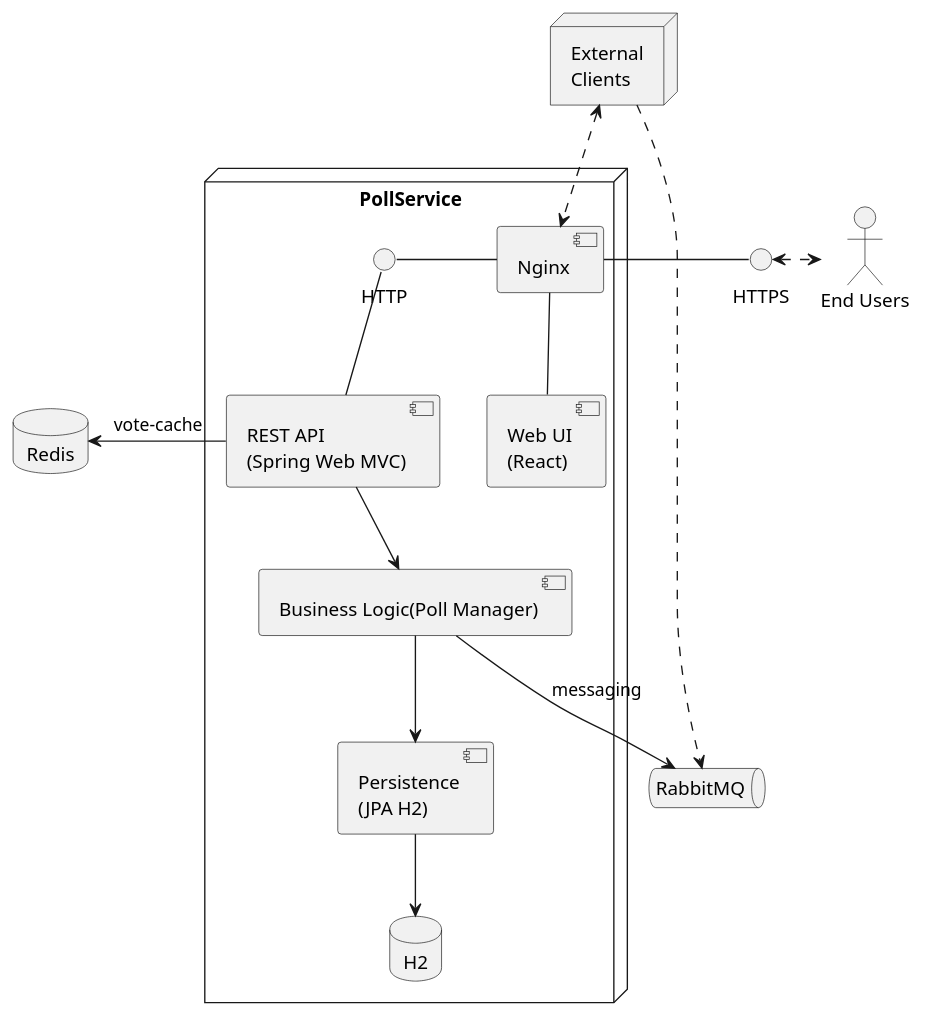
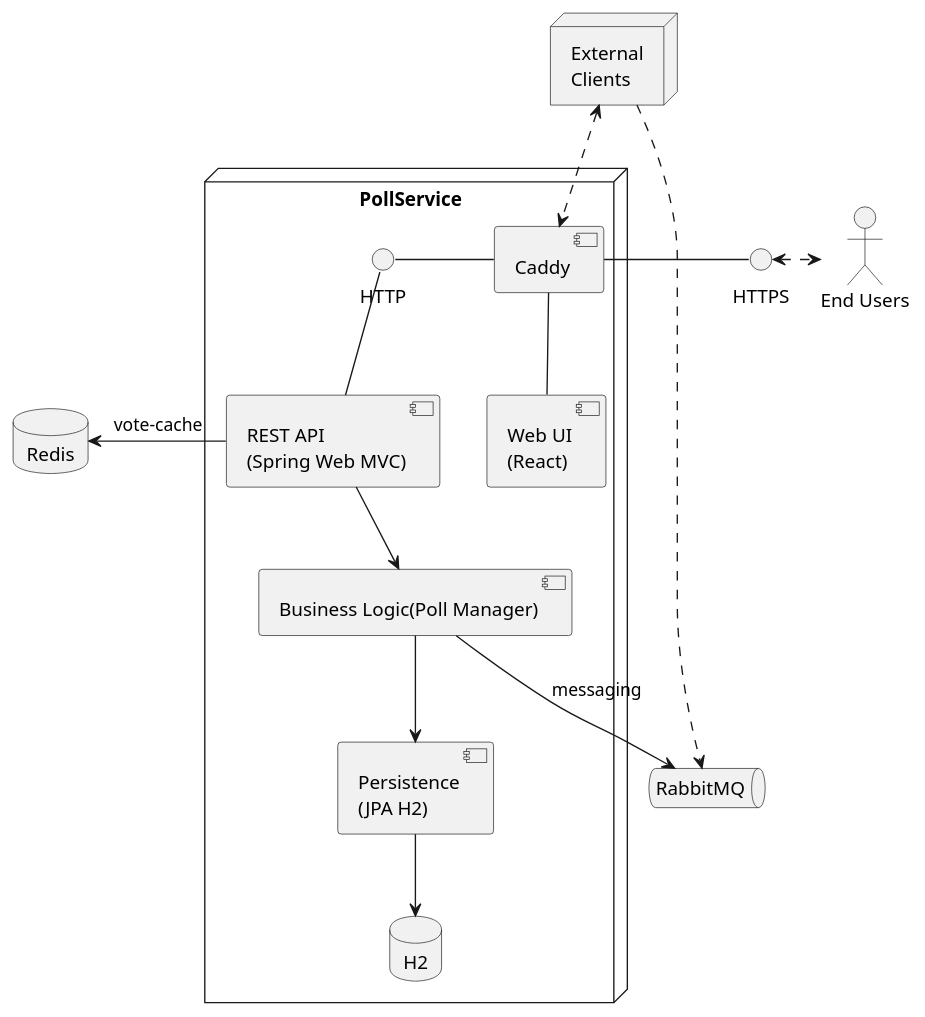
The diagram in documentation/component-architecture.puml (MagnusSletten/dat250-pollapp), drawn with PlantUML before and after one commit.

Commit message:
Replace Nginx with Caddy in architecture diagram

```diff
--- a/documentation/component-architecture.puml
+++ b/documentation/component-architecture.puml
@@ -1,33 +1,33 @@
 @startuml Architechture
 
 node "External\nClients" as mu
 interface HTTPS
 node "PollService" {
-component "Nginx" as nginx
+component "Caddy" as caddy
 component "Web UI\n(React)" as ui
 interface HTTP
 component "REST API\n(Spring Web MVC)" as api
 
-nginx -right-HTTPS
-nginx -down- ui
+caddy -right-HTTPS
+caddy -down- ui
 api -up- HTTP
-HTTP -right- nginx
+HTTP -right- caddy
 component "Business Logic(Poll Manager)" as dom
 component "Persistence\n(JPA H2)" as per
 database H2
 api -down-> dom
 dom -down-> per
 per -down-> H2
 }
 database "Redis" as redis
 
 
 queue "RabbitMQ" as msg
 dom --> msg : messaging
 api -left-> redis : vote-cache
 
 actor "End Users"  as ru
 HTTPS <.> ru  
-mu <.down.> nginx
+mu <.down.> caddy
 mu .> msg
 @enduml
```
